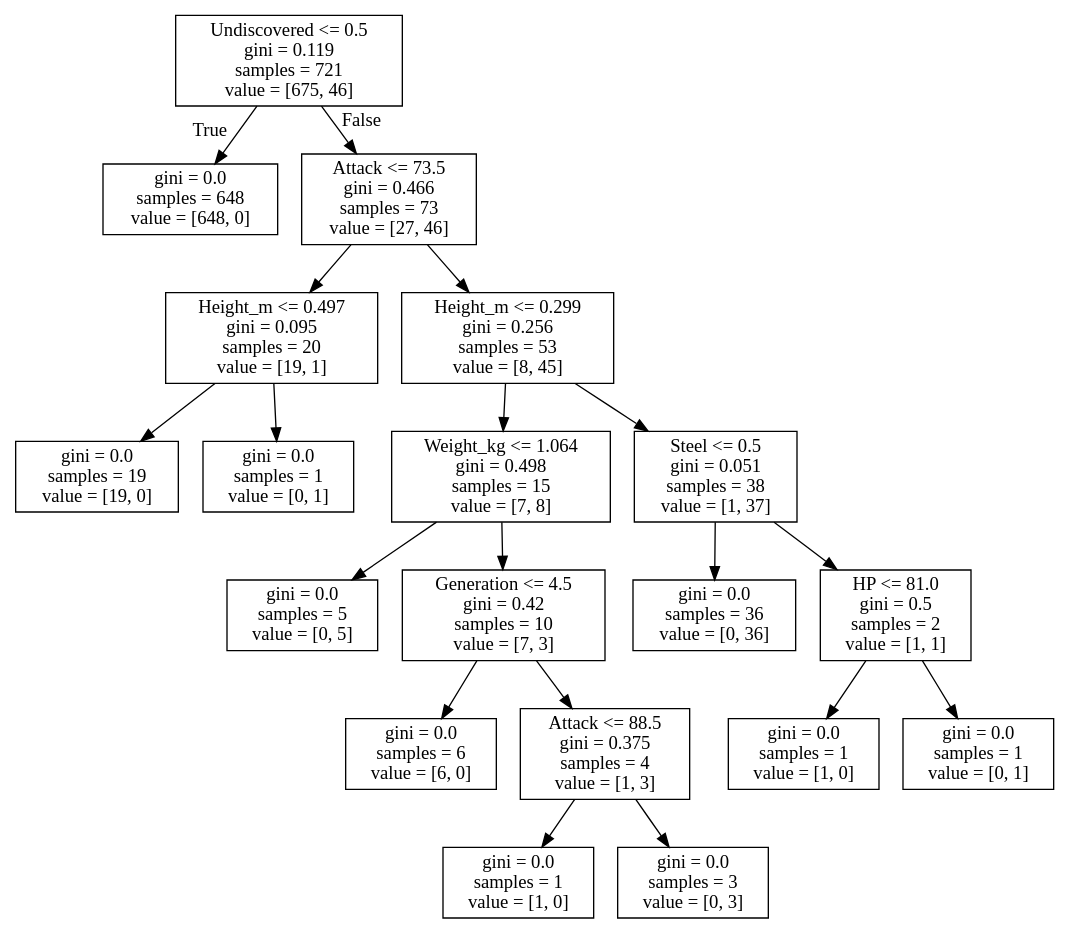
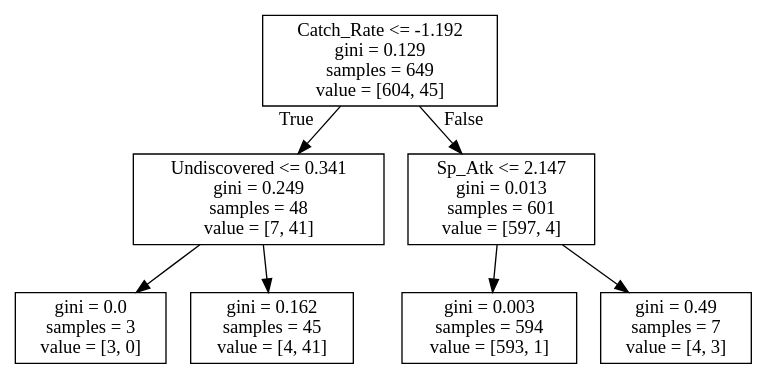
Before and after one commit to ChristianHinge/Machine: the diagram in Scripts/tree_Legendary.dot, drawn with Graphviz. The commit also changed 1 other file, not shown here.

```diff
--- a/Scripts/tree_Legendary.dot
+++ b/Scripts/tree_Legendary.dot
@@ -1,40 +1,16 @@
 digraph Tree {
 node [shape=box] ;
-0 [label="Undiscovered <= 0.5\ngini = 0.119\nsamples = 721\nvalue = [675, 46]"] ;
-1 [label="gini = 0.0\nsamples = 648\nvalue = [648, 0]"] ;
+0 [label="Catch_Rate <= -1.192\ngini = 0.129\nsamples = 649\nvalue = [604, 45]"] ;
+1 [label="Undiscovered <= 0.341\ngini = 0.249\nsamples = 48\nvalue = [7, 41]"] ;
 0 -> 1 [labeldistance=2.5, labelangle=45, headlabel="True"] ;
-2 [label="Attack <= 73.5\ngini = 0.466\nsamples = 73\nvalue = [27, 46]"] ;
-0 -> 2 [labeldistance=2.5, labelangle=-45, headlabel="False"] ;
-3 [label="Height_m <= 0.497\ngini = 0.095\nsamples = 20\nvalue = [19, 1]"] ;
-2 -> 3 ;
-4 [label="gini = 0.0\nsamples = 19\nvalue = [19, 0]"] ;
-3 -> 4 ;
-5 [label="gini = 0.0\nsamples = 1\nvalue = [0, 1]"] ;
-3 -> 5 ;
-6 [label="Height_m <= 0.299\ngini = 0.256\nsamples = 53\nvalue = [8, 45]"] ;
-2 -> 6 ;
-7 [label="Weight_kg <= 1.064\ngini = 0.498\nsamples = 15\nvalue = [7, 8]"] ;
-6 -> 7 ;
-8 [label="gini = 0.0\nsamples = 5\nvalue = [0, 5]"] ;
-7 -> 8 ;
-9 [label="Generation <= 4.5\ngini = 0.42\nsamples = 10\nvalue = [7, 3]"] ;
-7 -> 9 ;
-10 [label="gini = 0.0\nsamples = 6\nvalue = [6, 0]"] ;
-9 -> 10 ;
-11 [label="Attack <= 88.5\ngini = 0.375\nsamples = 4\nvalue = [1, 3]"] ;
-9 -> 11 ;
-12 [label="gini = 0.0\nsamples = 1\nvalue = [1, 0]"] ;
-11 -> 12 ;
-13 [label="gini = 0.0\nsamples = 3\nvalue = [0, 3]"] ;
-11 -> 13 ;
-14 [label="Steel <= 0.5\ngini = 0.051\nsamples = 38\nvalue = [1, 37]"] ;
-6 -> 14 ;
-15 [label="gini = 0.0\nsamples = 36\nvalue = [0, 36]"] ;
-14 -> 15 ;
-16 [label="HP <= 81.0\ngini = 0.5\nsamples = 2\nvalue = [1, 1]"] ;
-14 -> 16 ;
-17 [label="gini = 0.0\nsamples = 1\nvalue = [1, 0]"] ;
-16 -> 17 ;
-18 [label="gini = 0.0\nsamples = 1\nvalue = [0, 1]"] ;
-16 -> 18 ;
+2 [label="gini = 0.0\nsamples = 3\nvalue = [3, 0]"] ;
+1 -> 2 ;
+3 [label="gini = 0.162\nsamples = 45\nvalue = [4, 41]"] ;
+1 -> 3 ;
+4 [label="Sp_Atk <= 2.147\ngini = 0.013\nsamples = 601\nvalue = [597, 4]"] ;
+0 -> 4 [labeldistance=2.5, labelangle=-45, headlabel="False"] ;
+5 [label="gini = 0.003\nsamples = 594\nvalue = [593, 1]"] ;
+4 -> 5 ;
+6 [label="gini = 0.49\nsamples = 7\nvalue = [4, 3]"] ;
+4 -> 6 ;
 }
```
